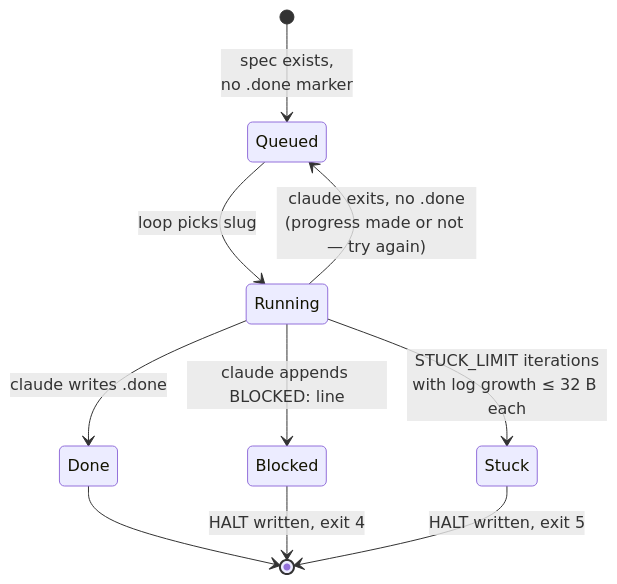
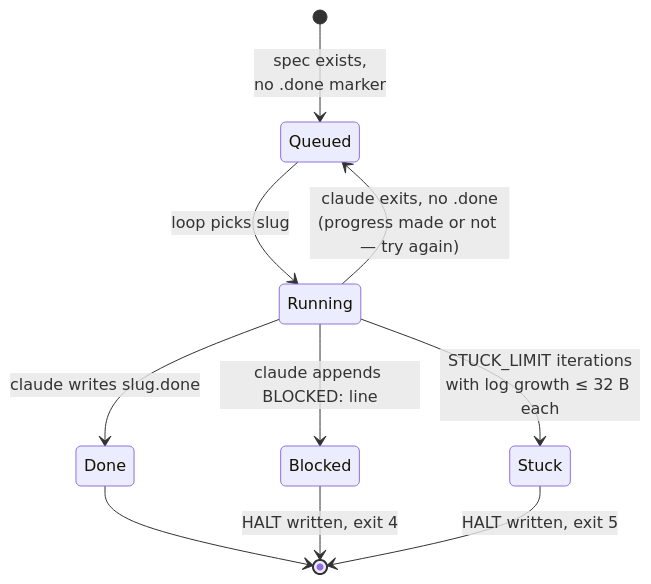
One commit to tufailkhan45/harness-loop changed the second of 3 diagrams in README.md. Above: the diagram before and after it, drawn with Mermaid. The commit also changed other lines of this file, not shown here.

First line of the commit message:
fix mermaid parse errors in README diagrams

````diff
--- a/README.md
+++ b/README.md
@@ -100,12 +100,12 @@
 ```mermaid
 stateDiagram-v2
     [*] --> Queued: spec exists,<br/>no .done marker
     Queued --> Running: loop picks slug
     Running --> Queued: claude exits, no .done<br/>(progress made or not — try again)
-    Running --> Done: claude writes <slug>.done
+    Running --> Done: claude writes slug.done
     Running --> Blocked: claude appends BLOCKED: line
     Running --> Stuck: STUCK_LIMIT iterations<br/>with log growth ≤ 32 B each
     Done --> [*]
     Blocked --> [*]: HALT written, exit 4
     Stuck --> [*]: HALT written, exit 5
 ```
````
